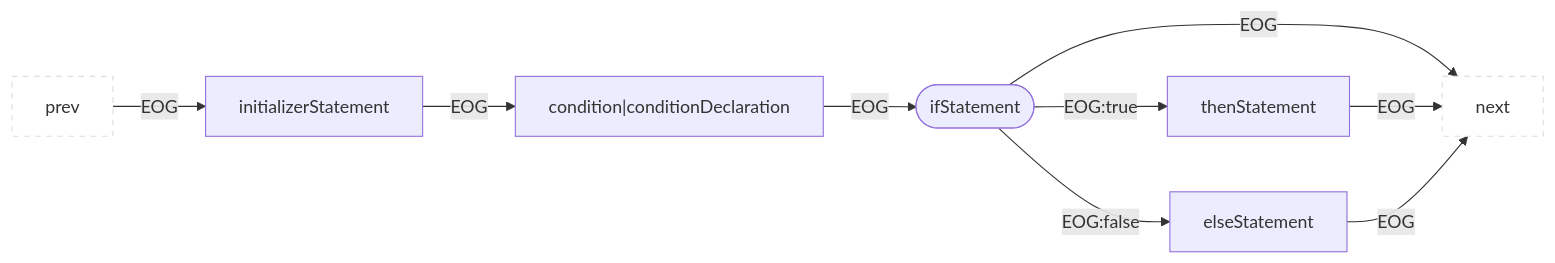
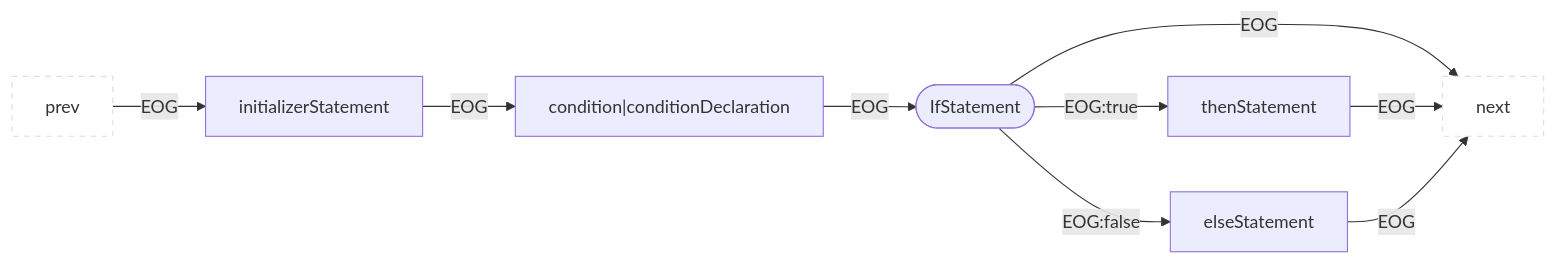
One commit to Fraunhofer-AISEC/cpg changed diagram 34 of 36 in cpg-core/specifications/eog.md. Above: the diagram before and after it, drawn with Mermaid. The commit also changed other lines of this file, not shown here.

````diff
--- a/cpg-core/specifications/eog.md
+++ b/cpg-core/specifications/eog.md
@@ -569,13 +667,12 @@
 ```mermaid
 flowchart LR
   classDef outer fill:#fff,stroke:#ddd,stroke-dasharray:5 5;
   prev:::outer --EOG--> child1["initializerStatement"]
   child1 --EOG--> child2["condition|conditionDeclaration"]
   child2 --EOG--> parent
-  parent(["ifStatement"]) --EOG:true--> child4["thenStatement"]
+  parent(["IfStatement"]) --EOG:true--> child4["thenStatement"]
   parent --EOG:false--> child5["elseStatement"]
   parent --EOG--> next:::outer
   child4 --EOG--> next:::outer
   child5 --EOG--> next:::outer
-
 ```
````
